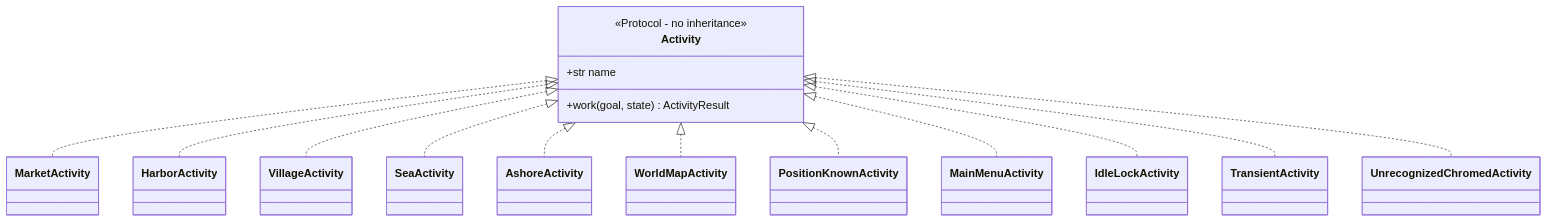
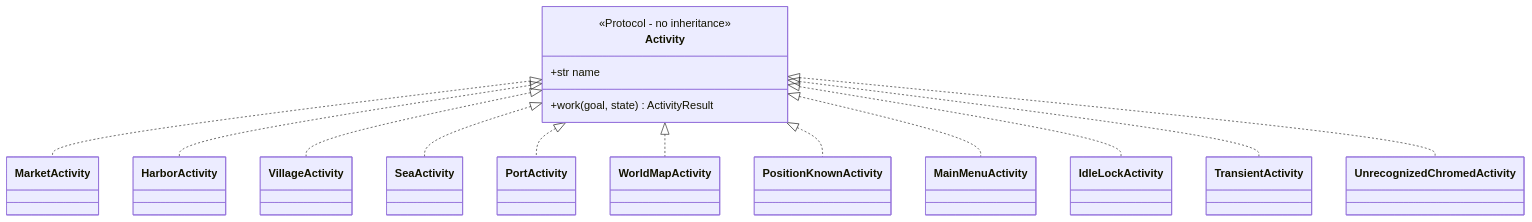
The second of 7 diagrams in docs/activity_architecture.md (fortunatetumbleweed-commits/UWO-Bot), drawn with Mermaid before and after one commit. The commit also changed other lines of this file and 1 other file, not shown here.

````diff
--- a/docs/activity_architecture.md
+++ b/docs/activity_architecture.md
@@ -54,20 +54,20 @@
 ```mermaid
 classDiagram
     class Activity {
         <<Protocol - no inheritance>>
         +str name
         +work(goal, state) ActivityResult
     }
 
     Activity <|.. MarketActivity
     Activity <|.. HarborActivity
     Activity <|.. VillageActivity
     Activity <|.. SeaActivity
-    Activity <|.. AshoreActivity
+    Activity <|.. PortActivity
     Activity <|.. WorldMapActivity
     Activity <|.. PositionKnownActivity
     Activity <|.. MainMenuActivity
     Activity <|.. IdleLockActivity
     Activity <|.. TransientActivity
     Activity <|.. UnrecognizedChromedActivity
 ```
````
